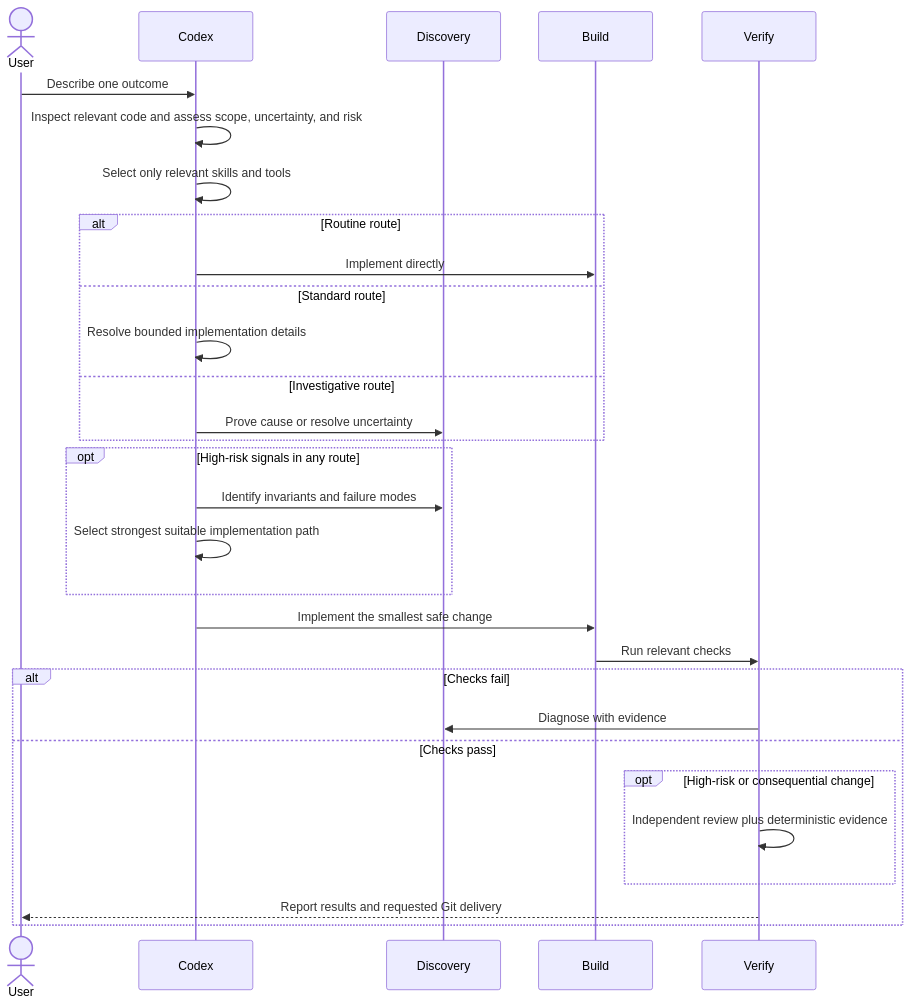
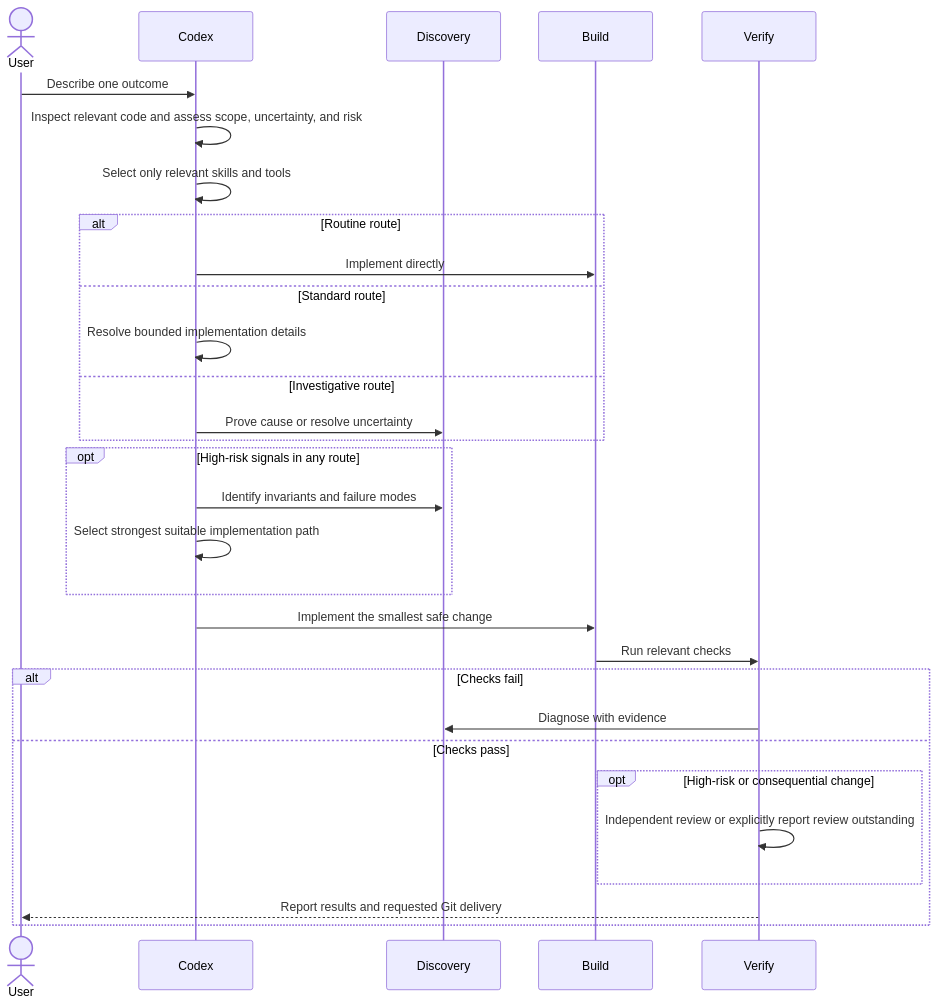
Before and after one commit to moKshagna-p/codex-powers: the diagram in README.md, drawn with Mermaid. The commit also changed other lines of this file and 1 other file, not shown here.

Commit message:
docs: align compaction baseline and review fallback

````diff
--- a/README.md
+++ b/README.md
@@ -17,33 +17,33 @@
 ```mermaid
 sequenceDiagram
     actor User
     participant Codex
     participant Discovery
     participant Build
     participant Verify
 
     User->>Codex: Describe one outcome
     Codex->>Codex: Inspect relevant code and assess scope, uncertainty, and risk
     Codex->>Codex: Select only relevant skills and tools
     alt Routine route
         Codex->>Build: Implement directly
     else Standard route
         Codex->>Codex: Resolve bounded implementation details
     else Investigative route
         Codex->>Discovery: Prove cause or resolve uncertainty
     end
     opt High-risk signals in any route
         Codex->>Discovery: Identify invariants and failure modes
         Codex->>Codex: Select strongest suitable implementation path
     end
     Codex->>Build: Implement the smallest safe change
     Build->>Verify: Run relevant checks
     alt Checks fail
         Verify->>Discovery: Diagnose with evidence
     else Checks pass
         opt High-risk or consequential change
-            Verify->>Verify: Independent review plus deterministic evidence
+            Verify->>Verify: Independent review or explicitly report review outstanding
         end
         Verify-->>User: Report results and requested Git delivery
     end
 ```
````
